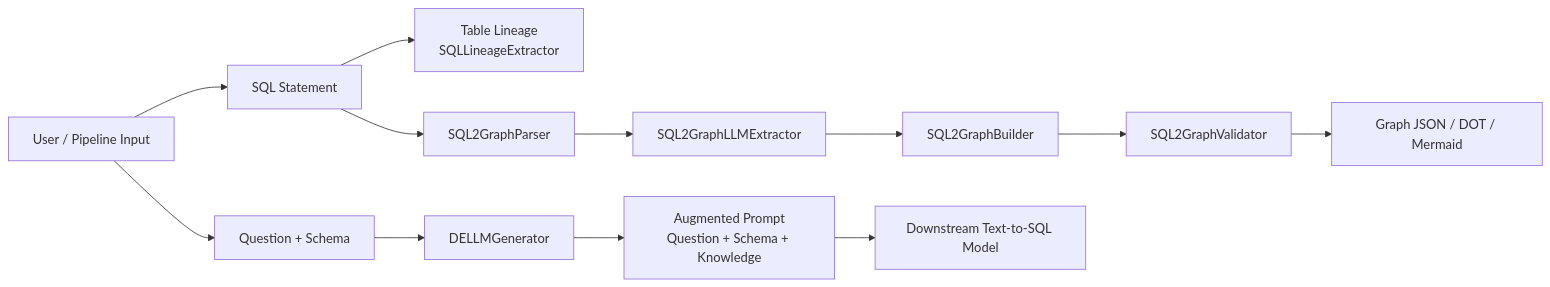
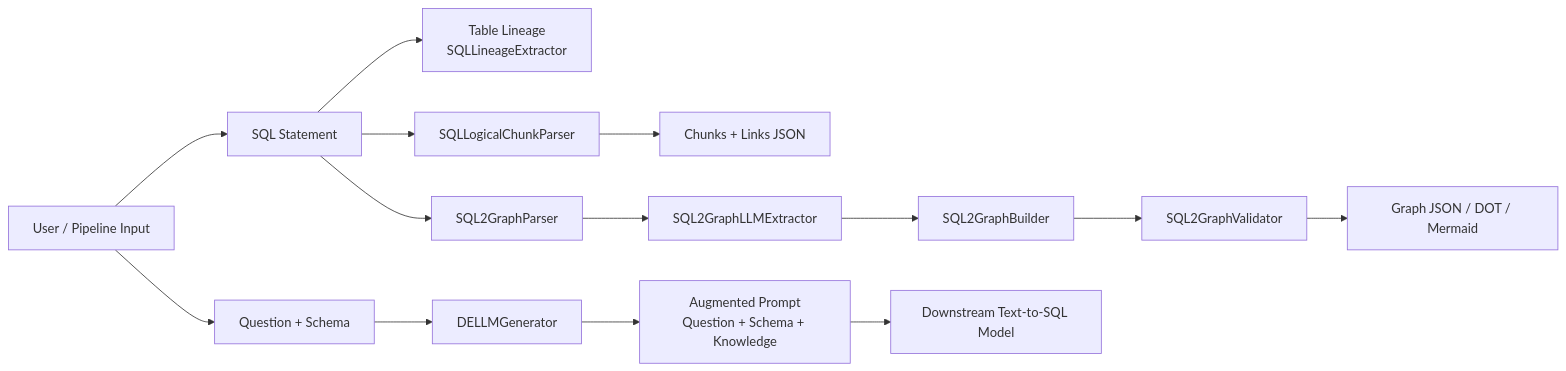
The first of 3 diagrams in README.md (Xpehutta/llm4lineage), drawn with Mermaid before and after one commit. The commit also changed other lines of this file, not shown here.

First line of the commit message:
Document SQL logical chunk parser in README.

````diff
--- a/README.md
+++ b/README.md
@@ -32,16 +33,18 @@
 ```mermaid
 flowchart LR
     U[User / Pipeline Input] --> Q1[SQL Statement]
     U --> Q2[Question + Schema]
 
     Q1 --> TL[Table Lineage<br/>SQLLineageExtractor]
+    Q1 --> CH[SQLLogicalChunkParser]
+    CH --> CK[Chunks + Links JSON]
     Q1 --> P[SQL2GraphParser]
     P --> XL[SQL2GraphLLMExtractor]
     XL --> B[SQL2GraphBuilder]
     B --> V[SQL2GraphValidator]
     V --> G[Graph JSON / DOT / Mermaid]
 
     Q2 --> D[DELLMGenerator]
     D --> A[Augmented Prompt<br/>Question + Schema + Knowledge]
     A --> M[Downstream Text-to-SQL Model]
 ```
````
